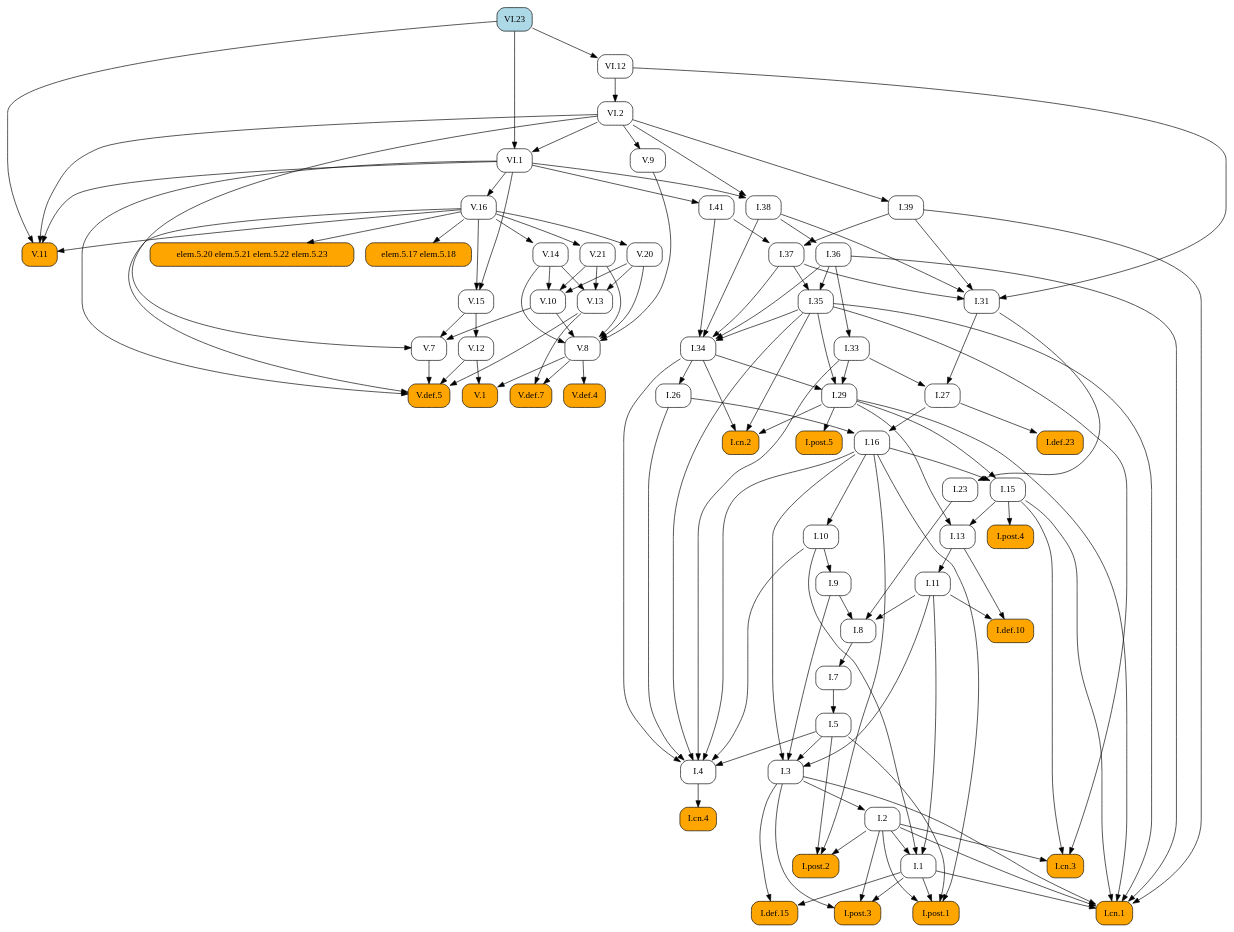
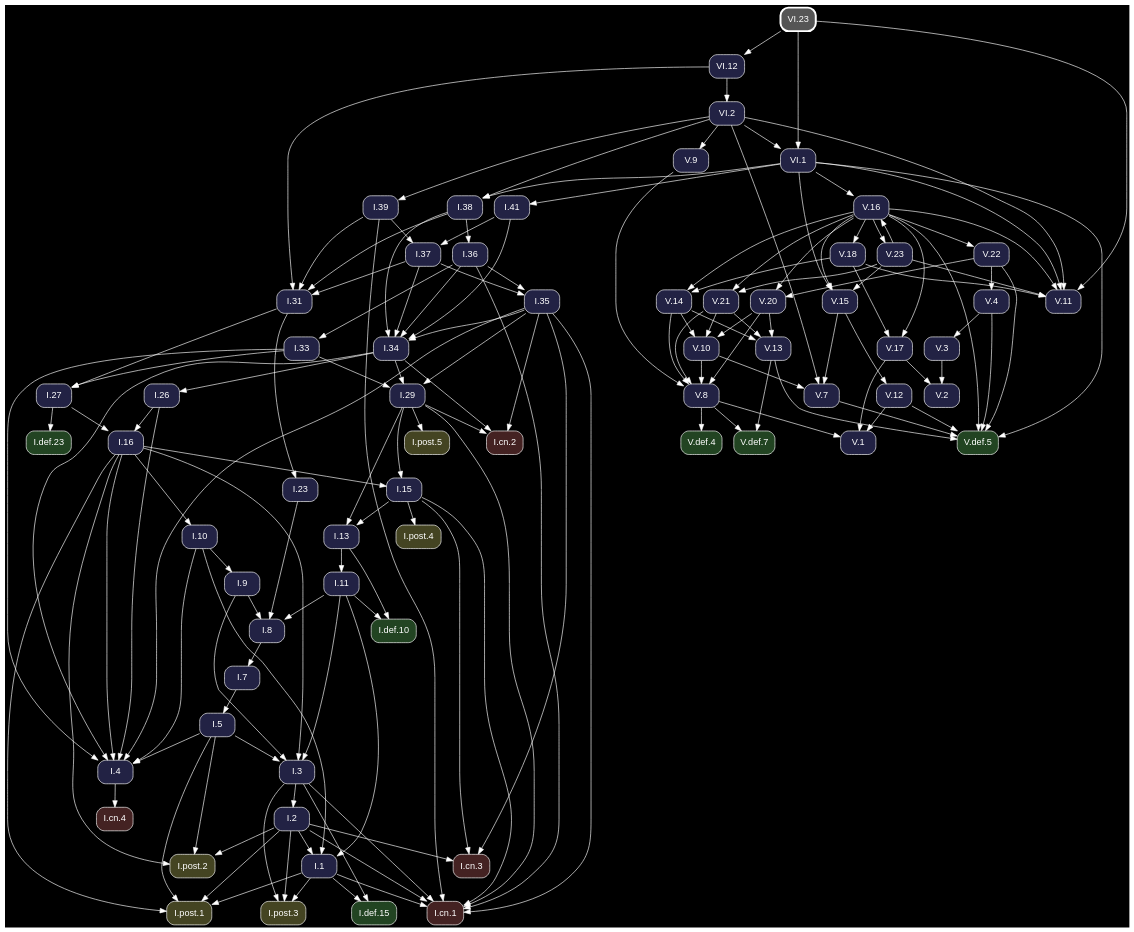
One commit to geometor/elements changed the diagram in docsrc/heath/VI/23/index.rst. Above: the diagram before and after it, drawn with Graphviz. The commit also changed other lines of this file and 1200 other files, not shown here.

Commit message:
update dependency graphs

```diff
--- a/docsrc/heath/VI/23/index.rst
+++ b/docsrc/heath/VI/23/index.rst
@@ -67,127 +67,78 @@
 .. graphviz::
 
    digraph {
+     bgcolor="black";
+     node [shape=box, style="rounded,filled", fontname="Helvetica", color="white", fontcolor="white"];
+     edge [color="white", fontcolor="white"];
      rankdir="TB";
-     node [shape=box, style=rounded];
-     "V.16" [URL="/heath/V/16/", target="_top"];
-     "I.23" [URL="/heath/I/23/", target="_top"];
-     "I.9" [URL="/heath/I/9/", target="_top"];
-     "I.33" [URL="/heath/I/33/", target="_top"];
-     "I.def.15" [style="rounded,filled", fillcolor=orange, URL="/heath/I/def.15/", target="_top"];
-     "V.13" [URL="/heath/V/13/", target="_top"];
-     "V.7" [URL="/heath/V/7/", target="_top"];
-     "elem.5.17 elem.5.18" [style="rounded,filled", fillcolor=orange];
-     "I.post.3" [style="rounded,filled", fillcolor=orange, URL="/heath/I/post.3/", target="_top"];
-     "I.post.1" [style="rounded,filled", fillcolor=orange, URL="/heath/I/post.1/", target="_top"];
-     "V.14" [URL="/heath/V/14/", target="_top"];
-     "V.def.5" [style="rounded,filled", fillcolor=orange, URL="/heath/V/def.5/", target="_top"];
-     "V.9" [URL="/heath/V/9/", target="_top"];
-     "I.31" [URL="/heath/I/31/", target="_top"];
-     "V.10" [URL="/heath/V/10/", target="_top"];
-     "I.def.10" [style="rounded,filled", fillcolor=orange, URL="/heath/I/def.10/", target="_top"];
-     "VI.1" [URL="/heath/VI/1/", target="_top"];
-     "V.20" [URL="/heath/V/20/", target="_top"];
-     "I.27" [URL="/heath/I/27/", target="_top"];
-     "I.39" [URL="/heath/I/39/", target="_top"];
-     "VI.23" [style="rounded,filled", fillcolor=lightblue, URL="/heath/VI/23/", target="_top"];
-     "V.11" [style="rounded,filled", fillcolor=orange, URL="/heath/V/11/", target="_top"];
-     "V.12" [URL="/heath/V/12/", target="_top"];
-     "I.34" [URL="/heath/I/34/", target="_top"];
-     "I.3" [URL="/heath/I/3/", target="_top"];
-     "V.def.4" [style="rounded,filled", fillcolor=orange, URL="/heath/V/def.4/", target="_top"];
-     "I.35" [URL="/heath/I/35/", target="_top"];
-     "I.cn.1" [style="rounded,filled", fillcolor=orange, URL="/heath/I/cn.1/", target="_top"];
-     "V.def.7" [style="rounded,filled", fillcolor=orange, URL="/heath/V/def.7/", target="_top"];
-     "I.7" [URL="/heath/I/7/", target="_top"];
-     "V.21" [URL="/heath/V/21/", target="_top"];
-     "I.2" [URL="/heath/I/2/", target="_top"];
-     "I.36" [URL="/heath/I/36/", target="_top"];
-     "I.13" [URL="/heath/I/13/", target="_top"];
-     "I.post.4" [style="rounded,filled", fillcolor=orange, URL="/heath/I/post.4/", target="_top"];
-     "I.4" [URL="/heath/I/4/", target="_top"];
-     "I.1" [URL="/heath/I/1/", target="_top"];
-     "I.5" [URL="/heath/I/5/", target="_top"];
-     "I.37" [URL="/heath/I/37/", target="_top"];
-     "I.8" [URL="/heath/I/8/", target="_top"];
-     "I.29" [URL="/heath/I/29/", target="_top"];
-     "I.cn.3" [style="rounded,filled", fillcolor=orange, URL="/heath/I/cn.3/", target="_top"];
-     "I.16" [URL="/heath/I/16/", target="_top"];
-     "I.38" [URL="/heath/I/38/", target="_top"];
-     "V.8" [URL="/heath/V/8/", target="_top"];
-     "I.15" [URL="/heath/I/15/", target="_top"];
-     "V.1" [style="rounded,filled", fillcolor=orange, URL="/heath/V/1/", target="_top"];
-     "I.10" [URL="/heath/I/10/", target="_top"];
-     "I.def.23" [style="rounded,filled", fillcolor=orange, URL="/heath/I/def.23/", target="_top"];
-     "VI.12" [URL="/heath/VI/12/", target="_top"];
-     "I.11" [URL="/heath/I/11/", target="_top"];
-     "I.cn.2" [style="rounded,filled", fillcolor=orange, URL="/heath/I/cn.2/", target="_top"];
-     "I.post.5" [style="rounded,filled", fillcolor=orange, URL="/heath/I/post.5/", target="_top"];
-     "VI.2" [URL="/heath/VI/2/", target="_top"];
-     "I.cn.4" [style="rounded,filled", fillcolor=orange, URL="/heath/I/cn.4/", target="_top"];
-     "I.41" [URL="/heath/I/41/", target="_top"];
-     "V.15" [URL="/heath/V/15/", target="_top"];
-     "I.post.2" [style="rounded,filled", fillcolor=orange, URL="/heath/I/post.2/", target="_top"];
-     "I.26" [URL="/heath/I/26/", target="_top"];
-     "elem.5.20 elem.5.21 elem.5.22 elem.5.23" [style="rounded,filled", fillcolor=orange];
-     "VI.1" -> "V.16";
-     "I.31" -> "I.23";
-     "I.10" -> "I.9";
-     "I.36" -> "I.33";
-     "I.1" -> "I.def.15";
-     "I.3" -> "I.def.15";
-     "V.14" -> "V.13";
-     "V.20" -> "V.13";
-     "V.21" -> "V.13";
-     "V.10" -> "V.7";
-     "V.15" -> "V.7";
-     "VI.2" -> "V.7";
-     "V.16" -> "elem.5.17 elem.5.18";
-     "I.1" -> "I.post.3";
-     "I.2" -> "I.post.3";
-     "I.3" -> "I.post.3";
-     "I.1" -> "I.post.1";
-     "I.2" -> "I.post.1";
-     "I.5" -> "I.post.1";
-     "I.16" -> "I.post.1";
-     "V.16" -> "V.14";
-     "V.7" -> "V.def.5";
-     "V.12" -> "V.def.5";
-     "V.13" -> "V.def.5";
-     "V.16" -> "V.def.5";
-     "VI.1" -> "V.def.5";
-     "VI.2" -> "V.9";
-     "I.37" -> "I.31";
-     "I.38" -> "I.31";
-     "I.39" -> "I.31";
-     "VI.12" -> "I.31";
-     "V.14" -> "V.10";
-     "V.20" -> "V.10";
-     "V.21" -> "V.10";
-     "I.11" -> "I.def.10";
-     "I.13" -> "I.def.10";
-     "VI.2" -> "VI.1";
-     "VI.23" -> "VI.1";
-     "V.16" -> "V.20";
-     "I.31" -> "I.27";
-     "I.33" -> "I.27";
-     "VI.2" -> "I.39";
-     "V.16" -> "V.11";
-     "VI.1" -> "V.11";
-     "VI.2" -> "V.11";
-     "VI.23" -> "V.11";
-     "V.15" -> "V.12";
-     "I.35" -> "I.34";
-     "I.36" -> "I.34";
-     "I.37" -> "I.34";
-     "I.38" -> "I.34";
-     "I.41" -> "I.34";
-     "I.5" -> "I.3";
-     "I.9" -> "I.3";
-     "I.11" -> "I.3";
-     "I.16" -> "I.3";
-     "V.8" -> "V.def.4";
-     "I.36" -> "I.35";
-     "I.37" -> "I.35";
+     "V.15" [fillcolor="#222244", URL="/heath/V/15/", target="_top"];
+     "I.cn.1" [fillcolor="#442222", URL="/heath/I/cn.1/", target="_top"];
+     "V.18" [fillcolor="#222244", URL="/heath/V/18/", target="_top"];
+     "V.14" [fillcolor="#222244", URL="/heath/V/14/", target="_top"];
+     "I.27" [fillcolor="#222244", URL="/heath/I/27/", target="_top"];
+     "V.23" [fillcolor="#222244", URL="/heath/V/23/", target="_top"];
+     "I.2" [fillcolor="#222244", URL="/heath/I/2/", target="_top"];
+     "I.41" [fillcolor="#222244", URL="/heath/I/41/", target="_top"];
+     "I.post.4" [fillcolor="#444422", URL="/heath/I/post.4/", target="_top"];
+     "I.26" [fillcolor="#222244", URL="/heath/I/26/", target="_top"];
+     "I.8" [fillcolor="#222244", URL="/heath/I/8/", target="_top"];
+     "V.4" [fillcolor="#222244", URL="/heath/V/4/", target="_top"];
+     "V.16" [fillcolor="#222244", URL="/heath/V/16/", target="_top"];
+     "VI.2" [fillcolor="#222244", URL="/heath/VI/2/", target="_top"];
+     "I.7" [fillcolor="#222244", URL="/heath/I/7/", target="_top"];
+     "I.5" [fillcolor="#222244", URL="/heath/I/5/", target="_top"];
+     "V.11" [fillcolor="#222244", URL="/heath/V/11/", target="_top"];
+     "V.def.4" [fillcolor="#224422", URL="/heath/V/def.4/", target="_top"];
+     "V.20" [fillcolor="#222244", URL="/heath/V/20/", target="_top"];
+     "I.11" [fillcolor="#222244", URL="/heath/I/11/", target="_top"];
+     "VI.23" [penwidth=3, color="white", fillcolor="#555555", URL="/heath/VI/23/", target="_top"];
+     "I.37" [fillcolor="#222244", URL="/heath/I/37/", target="_top"];
+     "I.cn.3" [fillcolor="#442222", URL="/heath/I/cn.3/", target="_top"];
+     "I.36" [fillcolor="#222244", URL="/heath/I/36/", target="_top"];
+     "I.38" [fillcolor="#222244", URL="/heath/I/38/", target="_top"];
+     "I.post.2" [fillcolor="#444422", URL="/heath/I/post.2/", target="_top"];
+     "I.def.23" [fillcolor="#224422", URL="/heath/I/def.23/", target="_top"];
+     "I.35" [fillcolor="#222244", URL="/heath/I/35/", target="_top"];
+     "I.post.3" [fillcolor="#444422", URL="/heath/I/post.3/", target="_top"];
+     "V.13" [fillcolor="#222244", URL="/heath/V/13/", target="_top"];
+     "I.33" [fillcolor="#222244", URL="/heath/I/33/", target="_top"];
+     "V.8" [fillcolor="#222244", URL="/heath/V/8/", target="_top"];
+     "V.10" [fillcolor="#222244", URL="/heath/V/10/", target="_top"];
+     "V.def.5" [fillcolor="#224422", URL="/heath/V/def.5/", target="_top"];
+     "V.22" [fillcolor="#222244", URL="/heath/V/22/", target="_top"];
+     "I.31" [fillcolor="#222244", URL="/heath/I/31/", target="_top"];
+     "I.3" [fillcolor="#222244", URL="/heath/I/3/", target="_top"];
+     "V.12" [fillcolor="#222244", URL="/heath/V/12/", target="_top"];
+     "I.def.10" [fillcolor="#224422", URL="/heath/I/def.10/", target="_top"];
+     "I.15" [fillcolor="#222244", URL="/heath/I/15/", target="_top"];
+     "I.39" [fillcolor="#222244", URL="/heath/I/39/", target="_top"];
+     "I.13" [fillcolor="#222244", URL="/heath/I/13/", target="_top"];
+     "I.cn.2" [fillcolor="#442222", URL="/heath/I/cn.2/", target="_top"];
+     "I.9" [fillcolor="#222244", URL="/heath/I/9/", target="_top"];
+     "I.1" [fillcolor="#222244", URL="/heath/I/1/", target="_top"];
+     "I.post.5" [fillcolor="#444422", URL="/heath/I/post.5/", target="_top"];
+     "I.23" [fillcolor="#222244", URL="/heath/I/23/", target="_top"];
+     "I.4" [fillcolor="#222244", URL="/heath/I/4/", target="_top"];
+     "V.7" [fillcolor="#222244", URL="/heath/V/7/", target="_top"];
+     "VI.12" [fillcolor="#222244", URL="/heath/VI/12/", target="_top"];
+     "V.9" [fillcolor="#222244", URL="/heath/V/9/", target="_top"];
+     "VI.1" [fillcolor="#222244", URL="/heath/VI/1/", target="_top"];
+     "I.10" [fillcolor="#222244", URL="/heath/I/10/", target="_top"];
+     "V.def.7" [fillcolor="#224422", URL="/heath/V/def.7/", target="_top"];
+     "I.post.1" [fillcolor="#444422", URL="/heath/I/post.1/", target="_top"];
+     "I.16" [fillcolor="#222244", URL="/heath/I/16/", target="_top"];
+     "I.29" [fillcolor="#222244", URL="/heath/I/29/", target="_top"];
+     "I.cn.4" [fillcolor="#442222", URL="/heath/I/cn.4/", target="_top"];
+     "V.2" [fillcolor="#222244", URL="/heath/V/2/", target="_top"];
+     "V.1" [fillcolor="#222244", URL="/heath/V/1/", target="_top"];
+     "V.21" [fillcolor="#222244", URL="/heath/V/21/", target="_top"];
+     "I.34" [fillcolor="#222244", URL="/heath/I/34/", target="_top"];
+     "I.def.15" [fillcolor="#224422", URL="/heath/I/def.15/", target="_top"];
+     "V.3" [fillcolor="#222244", URL="/heath/V/3/", target="_top"];
+     "V.17" [fillcolor="#222244", URL="/heath/V/17/", target="_top"];
+     "V.16" -> "V.15";
+     "V.23" -> "V.15";
+     "VI.1" -> "V.15";
      "I.1" -> "I.cn.1";
      "I.2" -> "I.cn.1";
      "I.3" -> "I.cn.1";
@@ -196,15 +147,97 @@
      "I.35" -> "I.cn.1";
      "I.36" -> "I.cn.1";
      "I.39" -> "I.cn.1";
-     "V.8" -> "V.def.7";
-     "V.13" -> "V.def.7";
+     "V.16" -> "V.18";
+     "V.16" -> "V.14";
+     "V.18" -> "V.14";
+     "I.31" -> "I.27";
+     "I.33" -> "I.27";
+     "V.16" -> "V.23";
+     "I.3" -> "I.2";
+     "VI.1" -> "I.41";
+     "I.15" -> "I.post.4";
+     "I.34" -> "I.26";
+     "I.9" -> "I.8";
+     "I.11" -> "I.8";
+     "I.23" -> "I.8";
+     "V.22" -> "V.4";
+     "V.23" -> "V.16";
+     "VI.1" -> "V.16";
+     "VI.12" -> "VI.2";
      "I.8" -> "I.7";
-     "V.16" -> "V.21";
-     "I.3" -> "I.2";
+     "I.7" -> "I.5";
+     "V.16" -> "V.11";
+     "V.18" -> "V.11";
+     "V.23" -> "V.11";
+     "VI.1" -> "V.11";
+     "VI.2" -> "V.11";
+     "VI.23" -> "V.11";
+     "V.8" -> "V.def.4";
+     "V.16" -> "V.20";
+     "V.22" -> "V.20";
+     "I.13" -> "I.11";
+     "I.39" -> "I.37";
+     "I.41" -> "I.37";
+     "I.2" -> "I.cn.3";
+     "I.15" -> "I.cn.3";
+     "I.35" -> "I.cn.3";
      "I.38" -> "I.36";
+     "VI.1" -> "I.38";
+     "VI.2" -> "I.38";
+     "I.2" -> "I.post.2";
+     "I.5" -> "I.post.2";
+     "I.16" -> "I.post.2";
+     "I.27" -> "I.def.23";
+     "I.36" -> "I.35";
+     "I.37" -> "I.35";
+     "I.1" -> "I.post.3";
+     "I.2" -> "I.post.3";
+     "I.3" -> "I.post.3";
+     "V.14" -> "V.13";
+     "V.20" -> "V.13";
+     "V.21" -> "V.13";
+     "I.36" -> "I.33";
+     "V.9" -> "V.8";
+     "V.10" -> "V.8";
+     "V.14" -> "V.8";
+     "V.20" -> "V.8";
+     "V.21" -> "V.8";
+     "V.14" -> "V.10";
+     "V.20" -> "V.10";
+     "V.21" -> "V.10";
+     "V.4" -> "V.def.5";
+     "V.7" -> "V.def.5";
+     "V.12" -> "V.def.5";
+     "V.13" -> "V.def.5";
+     "V.16" -> "V.def.5";
+     "V.22" -> "V.def.5";
+     "VI.1" -> "V.def.5";
+     "V.16" -> "V.22";
+     "I.37" -> "I.31";
+     "I.38" -> "I.31";
+     "I.39" -> "I.31";
+     "VI.12" -> "I.31";
+     "I.5" -> "I.3";
+     "I.9" -> "I.3";
+     "I.11" -> "I.3";
+     "I.16" -> "I.3";
+     "V.15" -> "V.12";
+     "I.11" -> "I.def.10";
+     "I.13" -> "I.def.10";
+     "I.16" -> "I.15";
+     "I.29" -> "I.15";
+     "VI.2" -> "I.39";
      "I.15" -> "I.13";
      "I.29" -> "I.13";
-     "I.15" -> "I.post.4";
+     "I.29" -> "I.cn.2";
+     "I.34" -> "I.cn.2";
+     "I.35" -> "I.cn.2";
+     "I.10" -> "I.9";
+     "I.2" -> "I.1";
+     "I.10" -> "I.1";
+     "I.11" -> "I.1";
+     "I.29" -> "I.post.5";
+     "I.31" -> "I.23";
      "I.5" -> "I.4";
      "I.10" -> "I.4";
      "I.16" -> "I.4";
@@ -212,50 +245,41 @@
      "I.33" -> "I.4";
      "I.34" -> "I.4";
      "I.35" -> "I.4";
-     "I.2" -> "I.1";
-     "I.10" -> "I.1";
-     "I.11" -> "I.1";
-     "I.7" -> "I.5";
-     "I.39" -> "I.37";
-     "I.41" -> "I.37";
-     "I.9" -> "I.8";
-     "I.11" -> "I.8";
-     "I.23" -> "I.8";
+     "V.10" -> "V.7";
+     "V.15" -> "V.7";
+     "VI.2" -> "V.7";
+     "VI.23" -> "VI.12";
+     "VI.2" -> "V.9";
+     "VI.2" -> "VI.1";
+     "VI.23" -> "VI.1";
+     "I.16" -> "I.10";
+     "V.8" -> "V.def.7";
+     "V.13" -> "V.def.7";
+     "I.1" -> "I.post.1";
+     "I.2" -> "I.post.1";
+     "I.5" -> "I.post.1";
+     "I.16" -> "I.post.1";
+     "I.26" -> "I.16";
+     "I.27" -> "I.16";
      "I.33" -> "I.29";
      "I.34" -> "I.29";
      "I.35" -> "I.29";
-     "I.2" -> "I.cn.3";
-     "I.15" -> "I.cn.3";
-     "I.35" -> "I.cn.3";
-     "I.26" -> "I.16";
-     "I.27" -> "I.16";
-     "VI.1" -> "I.38";
-     "VI.2" -> "I.38";
-     "V.9" -> "V.8";
-     "V.10" -> "V.8";
-     "V.14" -> "V.8";
-     "V.20" -> "V.8";
-     "V.21" -> "V.8";
-     "I.16" -> "I.15";
-     "I.29" -> "I.15";
+     "I.4" -> "I.cn.4";
+     "V.3" -> "V.2";
+     "V.17" -> "V.2";
      "V.8" -> "V.1";
      "V.12" -> "V.1";
-     "I.16" -> "I.10";
-     "I.27" -> "I.def.23";
-     "VI.23" -> "VI.12";
-     "I.13" -> "I.11";
-     "I.29" -> "I.cn.2";
-     "I.34" -> "I.cn.2";
-     "I.35" -> "I.cn.2";
-     "I.29" -> "I.post.5";
-     "VI.12" -> "VI.2";
-     "I.4" -> "I.cn.4";
-     "VI.1" -> "I.41";
-     "V.16" -> "V.15";
-     "VI.1" -> "V.15";
-     "I.2" -> "I.post.2";
-     "I.5" -> "I.post.2";
-     "I.16" -> "I.post.2";
-     "I.34" -> "I.26";
-     "V.16" -> "elem.5.20 elem.5.21 elem.5.22 elem.5.23";
+     "V.17" -> "V.1";
+     "V.16" -> "V.21";
+     "V.23" -> "V.21";
+     "I.35" -> "I.34";
+     "I.36" -> "I.34";
+     "I.37" -> "I.34";
+     "I.38" -> "I.34";
+     "I.41" -> "I.34";
+     "I.1" -> "I.def.15";
+     "I.3" -> "I.def.15";
+     "V.4" -> "V.3";
+     "V.16" -> "V.17";
+     "V.18" -> "V.17";
    }
```
